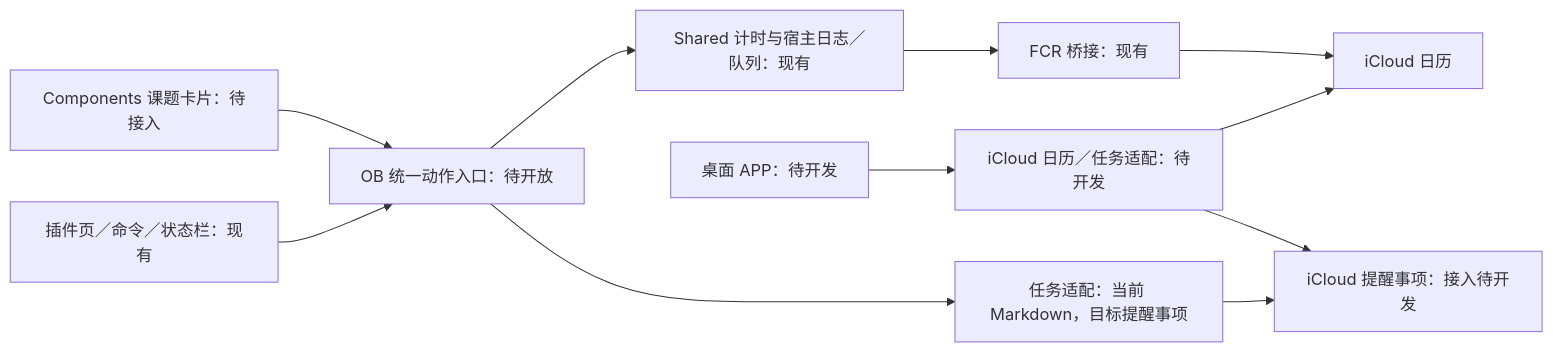
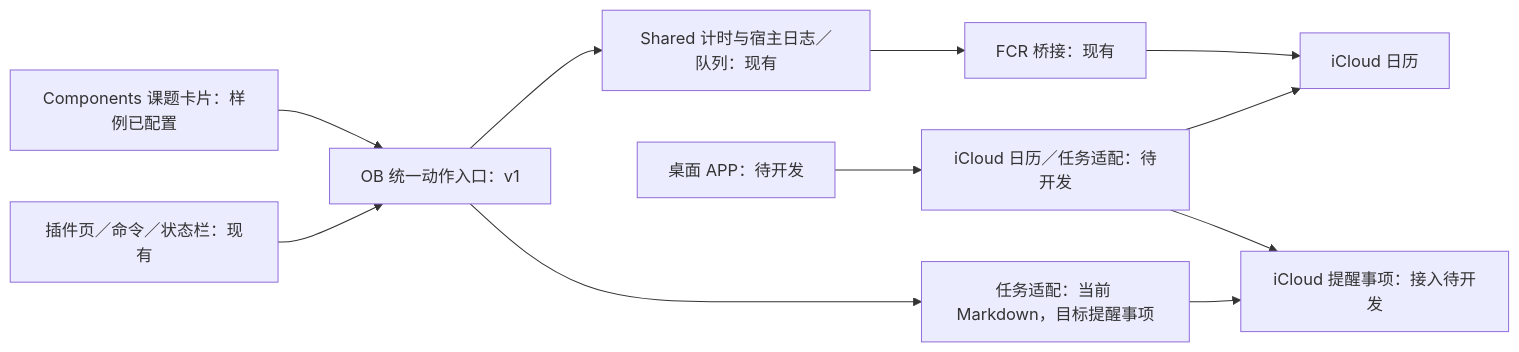
The diagram in Notes/2-架构设计.md (Yang-Jia-Lin/OB-Calendar-and-Tasks-with-iOS), drawn with Mermaid before and after one commit. The commit also changed other lines of this file and 26 other files, not shown here.

````diff
--- a/Notes/2-架构设计.md
+++ b/Notes/2-架构设计.md
@@ -33,13 +33,13 @@
 ```mermaid
 flowchart LR
-    Card[Components 课题卡片：待接入] --> Entry[OB 统一动作入口：待开放]
+    Card[Components 课题卡片：样例已配置] --> Entry[OB 统一动作入口：v1]
     View[插件页／命令／状态栏：现有] --> Entry
     Entry --> Core[Shared 计时与宿主日志／队列：现有]
     Entry --> Task[任务适配：当前 Markdown，目标提醒事项]
     Core --> FCR[FCR 桥接：现有]
     FCR --> Calendar[iCloud 日历]
     Task --> Reminders[iCloud 提醒事项：接入待开发]
     Desktop[桌面 APP：待开发] --> Adapters[iCloud 日历／任务适配：待开发]
     Adapters --> Calendar
     Adapters --> Reminders
 ```
````
